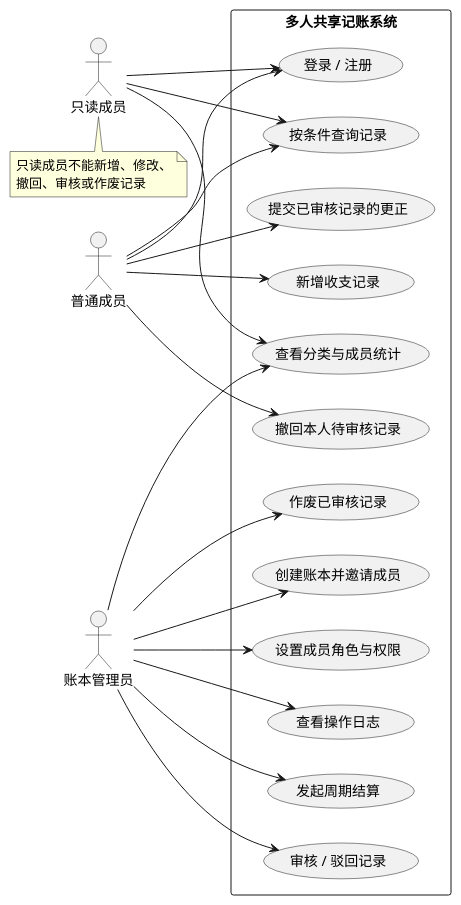
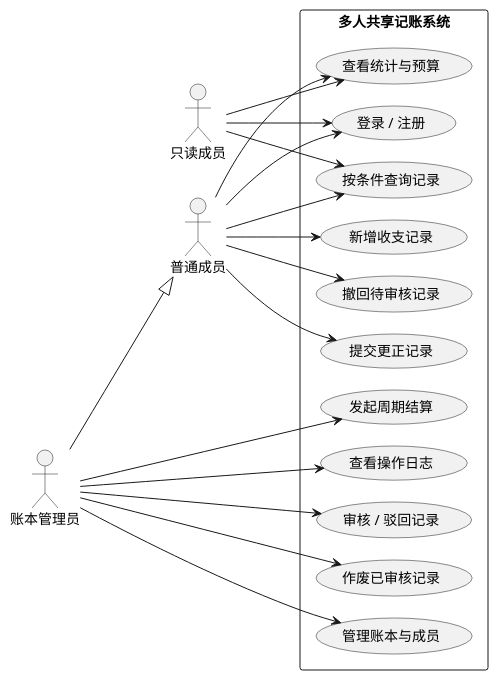
One commit to NaZnPO3/lab1-shared-ledger changed the diagram in uml/UML用例图.puml. Above: the diagram before and after it, drawn with PlantUML. The commit also changed 18 other files, not shown here.

Commit message:
人工修改图并编写ui

```diff
--- a/uml/UML用例图.puml
+++ b/uml/UML用例图.puml
@@ -1,49 +1,45 @@
 @startuml UML用例图
 ' 多人共享记账系统 —— 用例图（按三类角色划分）
 skinparam defaultFontName "Microsoft YaHei"
 skinparam shadowing false
+skinparam nodesep 22
+skinparam ranksep 90
 left to right direction
 
+actor "只读成员" as R
 actor "普通成员" as M
 actor "账本管理员" as A
-actor "只读成员" as R
 
 rectangle "多人共享记账系统" {
   usecase "登录 / 注册" as UC1
-  usecase "新增收支记录" as UC2
-  usecase "撤回本人待审核记录" as UC3
-  usecase "提交已审核记录的更正" as UC4
-  usecase "按条件查询记录" as UC5
-  usecase "审核 / 驳回记录" as UC6
-  usecase "作废已审核记录" as UC7
-  usecase "创建账本并邀请成员" as UC8
-  usecase "设置成员角色与权限" as UC9
-  usecase "查看分类与成员统计" as UC10
-  usecase "发起周期结算" as UC11
-  usecase "查看操作日志" as UC12
+  usecase "按条件查询记录" as UC2
+  usecase "查看统计与预算" as UC3
+  usecase "新增收支记录" as UC4
+  usecase "撤回待审核记录" as UC5
+  usecase "提交更正记录" as UC6
+  usecase "审核 / 驳回记录" as UC7
+  usecase "作废已审核记录" as UC8
+  usecase "管理账本与成员" as UC9
+  usecase "发起周期结算" as UC10
+  usecase "查看操作日志" as UC11
 }
+
+R --> UC1
+R --> UC2
+R --> UC3
 
 M --> UC1
 M --> UC2
 M --> UC3
 M --> UC4
 M --> UC5
+M --> UC6
 
-A --> UC6
+A --|> M
 A --> UC7
 A --> UC8
 A --> UC9
 A --> UC10
 A --> UC11
-A --> UC12
-
-R --> UC1
-R --> UC5
-R --> UC10
-
-note bottom of R
-  只读成员不能新增、修改、
-  撤回、审核或作废记录
-end note
 
 @enduml
```
